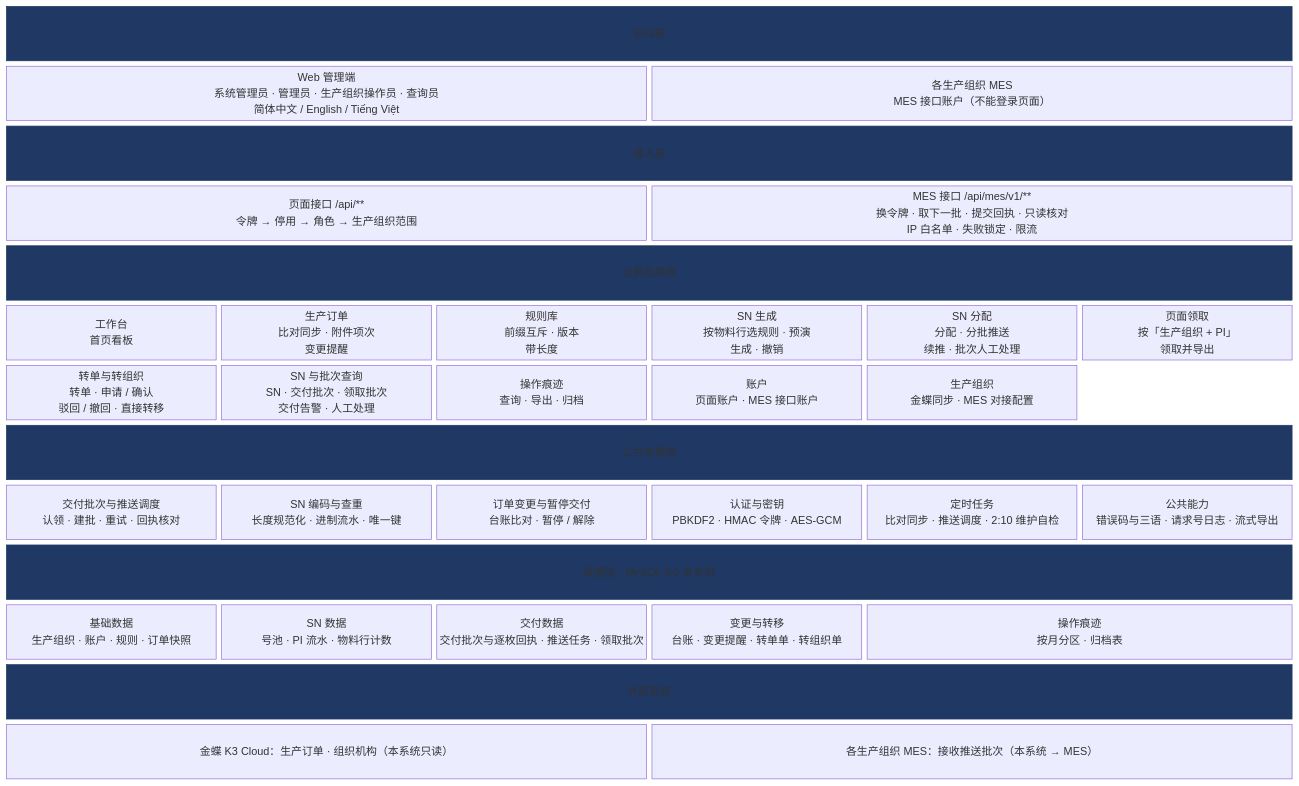
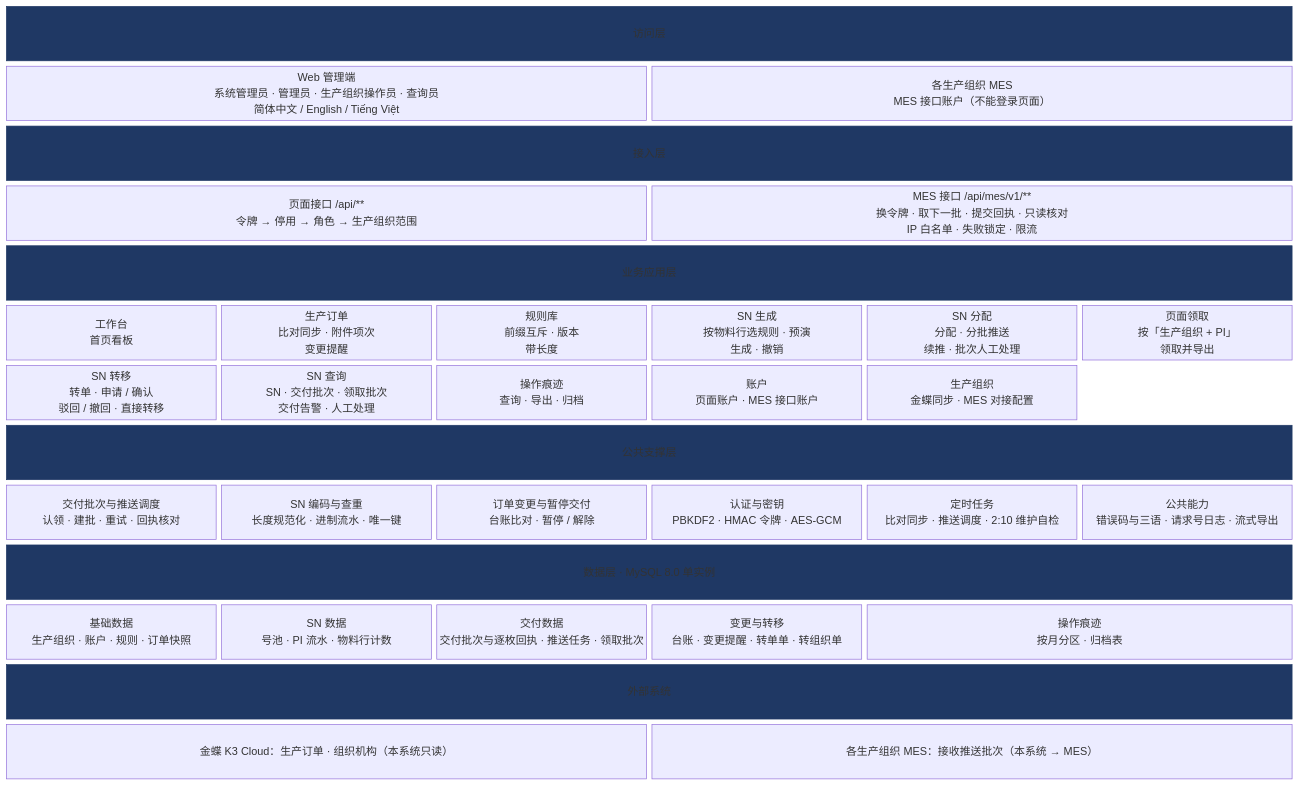
One commit to Createsnow/sn-center changed the diagram in docs/images/系统技术方案/fig2-1-function.mmd. Above: the diagram before and after it, drawn with Mermaid. The commit also changed 15 other files, not shown here.

First line of the commit message:
菜单与页面改名：转单与转组织 → SN 转移，SN 与批次查询 → SN 查询

```diff
--- a/docs/images/系统技术方案/fig2-1-function.mmd
+++ b/docs/images/系统技术方案/fig2-1-function.mmd
@@ -1,39 +1,39 @@
 block-beta
   columns 6
   L1["访问层"]:6
   W["Web 管理端<br/>系统管理员 · 管理员 · 生产组织操作员 · 查询员<br/>简体中文 / English / Tiếng Việt"]:3
   M["各生产组织 MES<br/>MES 接口账户（不能登录页面）"]:3
   L2["接入层"]:6
   P["页面接口 /api/**<br/>令牌 → 停用 → 角色 → 生产组织范围"]:3
   A["MES 接口 /api/mes/v1/**<br/>换令牌 · 取下一批 · 提交回执 · 只读核对<br/>IP 白名单 · 失败锁定 · 限流"]:3
   L3["业务应用层"]:6
   G1["工作台<br/>首页看板"]
   G2["生产订单<br/>比对同步 · 附件项次<br/>变更提醒"]
   G3["规则库<br/>前缀互斥 · 版本<br/>带长度"]
   G4["SN 生成<br/>按物料行选规则 · 预演<br/>生成 · 撤销"]
   G11["SN 分配<br/>分配 · 分批推送<br/>续推 · 批次人工处理"]
   G5["页面领取<br/>按「生产组织 + PI」<br/>领取并导出"]
-  G6["转单与转组织<br/>转单 · 申请 / 确认<br/>驳回 / 撤回 · 直接转移"]
-  G7["SN 与批次查询<br/>SN · 交付批次 · 领取批次<br/>交付告警 · 人工处理"]
+  G6["SN 转移<br/>转单 · 申请 / 确认<br/>驳回 / 撤回 · 直接转移"]
+  G7["SN 查询<br/>SN · 交付批次 · 领取批次<br/>交付告警 · 人工处理"]
   G8["操作痕迹<br/>查询 · 导出 · 归档"]
   G9["账户<br/>页面账户 · MES 接口账户"]
   G10["生产组织<br/>金蝶同步 · MES 对接配置"]
   space:1
   L4["公共支撑层"]:6
   S1["交付批次与推送调度<br/>认领 · 建批 · 重试 · 回执核对"]
   S2["SN 编码与查重<br/>长度规范化 · 进制流水 · 唯一键"]
   S3["订单变更与暂停交付<br/>台账比对 · 暂停 / 解除"]
   S4["认证与密钥<br/>PBKDF2 · HMAC 令牌 · AES-GCM"]
   S5["定时任务<br/>比对同步 · 推送调度 · 2:10 维护自检"]
   S6["公共能力<br/>错误码与三语 · 请求号日志 · 流式导出"]
   L5["数据层 · MySQL 8.0 单实例"]:6
   D1["基础数据<br/>生产组织 · 账户 · 规则 · 订单快照"]
   D2["SN 数据<br/>号池 · PI 流水 · 物料行计数"]
   D3["交付数据<br/>交付批次与逐枚回执 · 推送任务 · 领取批次"]
   D4["变更与转移<br/>台账 · 变更提醒 · 转单单 · 转组织单"]
   D5["操作痕迹<br/>按月分区 · 归档表"]:2
   L6["外部系统"]:6
   K["金蝶 K3 Cloud：生产订单 · 组织机构（本系统只读）"]:3
   MM["各生产组织 MES：接收推送批次（本系统 → MES）"]:3
   classDef layer fill:#1f3864,color:#fff,stroke:#1f3864
   class L1,L2,L3,L4,L5,L6 layer
```
